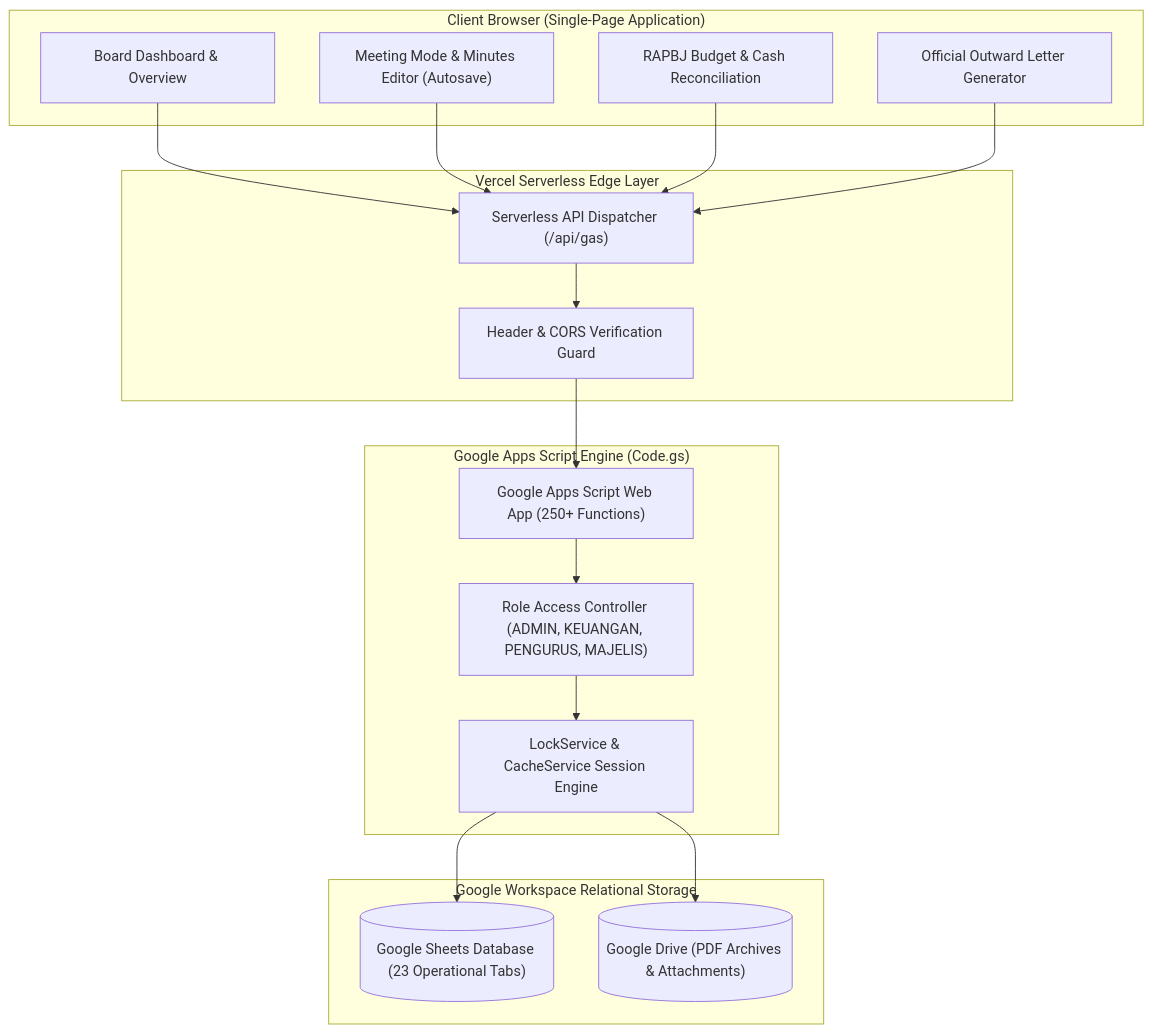
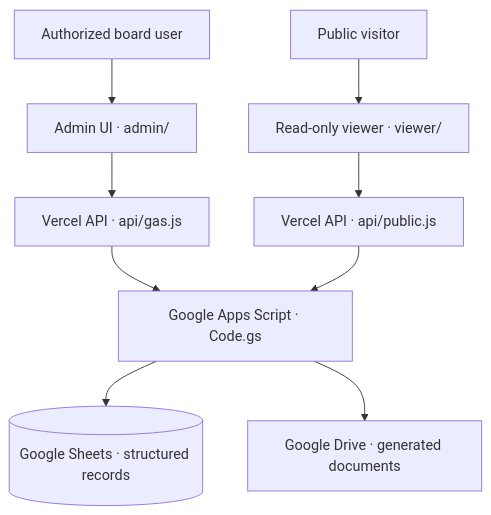
The diagram in README.md (zvenians/majelis-galilea), drawn with Mermaid before and after one commit. The commit also changed other lines of this file and 2 other files, not shown here.

First line of the commit message:
docs: improve board administration architecture and setup guide (#4)

````diff
--- a/README.md
+++ b/README.md
@@ -48,37 +34,11 @@
 ```mermaid
 flowchart TD
-    subgraph Client ["Client Browser (Single-Page Application)"]
-        Dashboard["Board Dashboard & Overview"]
-        MeetingEditor["Meeting Mode & Minutes Editor (Autosave)"]
-        TreasuryUI["RAPBJ Budget & Cash Reconciliation"]
-        LetterModule["Official Outward Letter Generator"]
-    end
-
-    subgraph EdgeLayer ["Vercel Serverless Edge Layer"]
-        Proxy["Serverless API Dispatcher (/api/gas)"]
-        SecretAuth["Header & CORS Verification Guard"]
-    end
-
-    subgraph BackendEngine ["Google Apps Script Engine (Code.gs)"]
-        GAS["Google Apps Script Web App (250+ Functions)"]
-        RBAC["Role Access Controller (ADMIN, KEUANGAN, PENGURUS, MAJELIS)"]
-        Concurrency["LockService & CacheService Session Engine"]
-    end
-
-    subgraph WorkspaceStore ["Google Workspace Relational Storage"]
-        Sheets[("Google Sheets Database (23 Operational Tabs)")]
-        DriveStorage[("Google Drive (PDF Archives & Attachments)")]
-    end
-
-    Dashboard --> Proxy
-    MeetingEditor --> Proxy
-    TreasuryUI --> Proxy
-    LetterModule --> Proxy
-
-    Proxy --> SecretAuth
-    SecretAuth --> GAS
-    GAS --> RBAC
-    RBAC --> Concurrency
-    Concurrency --> Sheets
-    Concurrency --> DriveStorage
+  Board["Authorized board user"] --> Admin["Admin UI · admin/"]
+  Public["Public visitor"] --> Viewer["Read-only viewer · viewer/"]
+  Admin --> Proxy["Vercel API · api/gas.js"]
+  Viewer --> PublicAPI["Vercel API · api/public.js"]
+  Proxy --> Engine["Google Apps Script · Code.gs"]
+  PublicAPI --> Engine
+  Engine --> Sheets[("Google Sheets · structured records")]
+  Engine --> Drive["Google Drive · generated documents"]
 ```
````
